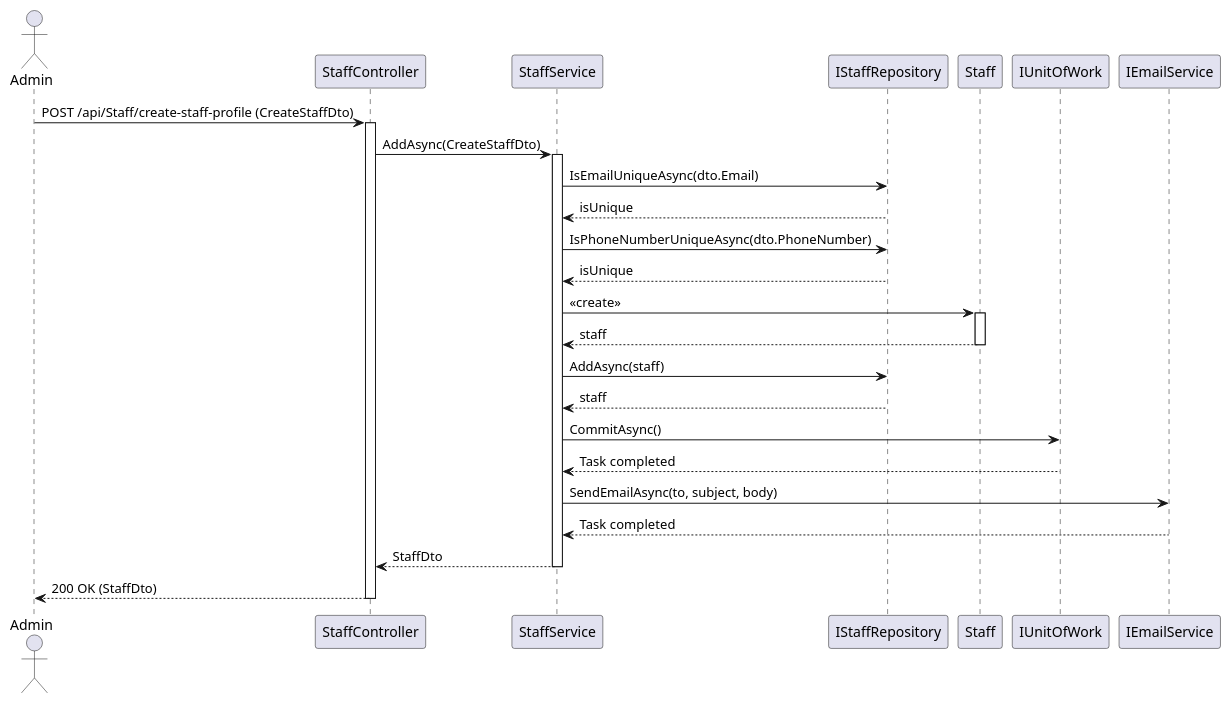
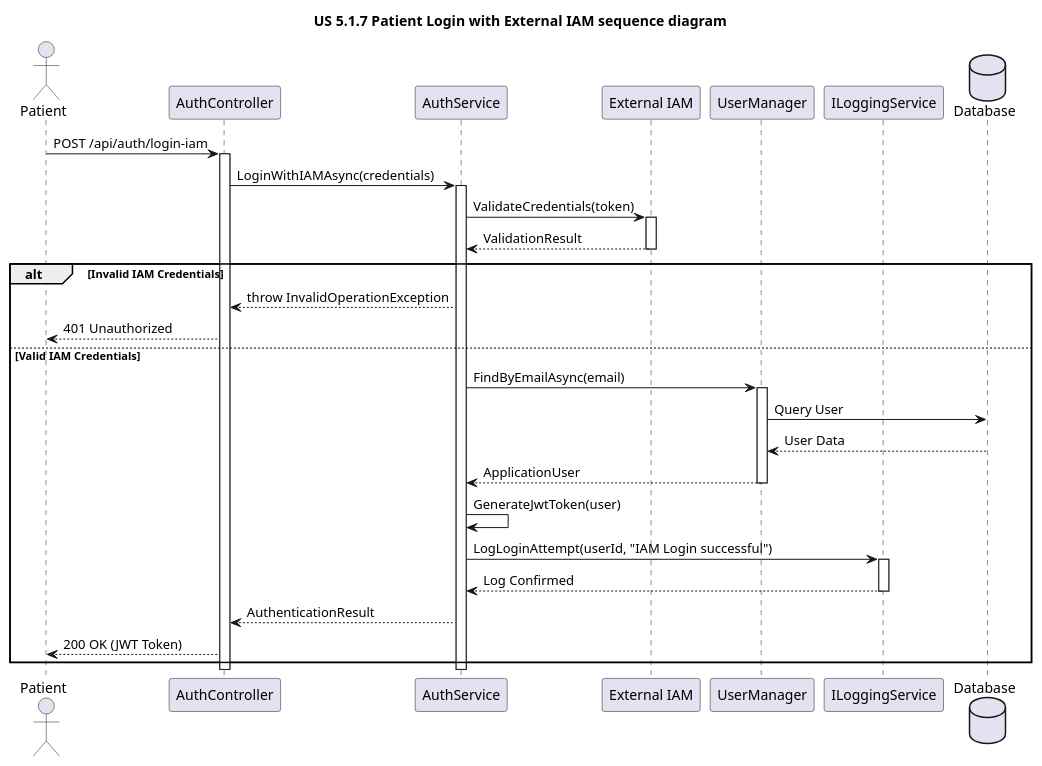
One commit to HugBar/3DC_G17 changed the diagram in docs/Sprint1/US 5.1.7/02.design/puml/sequenceDiagram.puml. Above: the diagram before and after it, drawn with PlantUML. The commit also changed 6707 other files, not shown here.

```diff
--- a/docs/Sprint1/US 5.1.7/02.design/puml/sequenceDiagram.puml
+++ b/docs/Sprint1/US 5.1.7/02.design/puml/sequenceDiagram.puml
@@ -1,42 +1,47 @@
-@startuml
-actor Admin
-participant "StaffController" as SC
-participant "StaffService" as SS
-participant "IStaffRepository" as SR
-participant "Staff" as S
-participant "IUnitOfWork" as UOW
-participant "IEmailService" as ES
+@startuml namespace US 5.1.7 sequence diagram
+title US 5.1.7 Patient Login with External IAM sequence diagram
 
-Admin -> SC: POST /api/Staff/create-staff-profile (CreateStaffDto)
-activate SC
+actor Patient
+participant "AuthController" as AC
+participant "AuthService" as AS
+participant "External IAM" as IAM
+participant "UserManager" as UM
+participant "ILoggingService" as LS
+database "Database" as DB
 
-SC -> SS: AddAsync(CreateStaffDto)
-activate SS
+Patient -> AC: POST /api/auth/login-iam
+activate AC
 
-SS -> SR: IsEmailUniqueAsync(dto.Email)
-SR --> SS: isUnique
+AC -> AS: LoginWithIAMAsync(credentials)
+activate AS
 
-SS -> SR: IsPhoneNumberUniqueAsync(dto.PhoneNumber)
-SR --> SS: isUnique
+AS -> IAM: ValidateCredentials(token)
+activate IAM
+IAM --> AS: ValidationResult
+deactivate IAM
 
-SS -> S: <<create>>
-activate S
-S --> SS: staff
-deactivate S
+alt Invalid IAM Credentials
+    AS --> AC: throw InvalidOperationException
+    AC --> Patient: 401 Unauthorized
+else Valid IAM Credentials
+    AS -> UM: FindByEmailAsync(email)
+    activate UM
+    UM -> DB: Query User
+    DB --> UM: User Data
+    UM --> AS: ApplicationUser
+    deactivate UM
 
-SS -> SR: AddAsync(staff)
-SR --> SS: staff
+    AS -> AS: GenerateJwtToken(user)
+    
+    AS -> LS: LogLoginAttempt(userId, "IAM Login successful")
+    activate LS
+    LS --> AS: Log Confirmed
+    deactivate LS
 
-SS -> UOW: CommitAsync()
-UOW --> SS: Task completed
+    AS --> AC: AuthenticationResult
+    AC --> Patient: 200 OK (JWT Token)
+end
 
-SS -> ES: SendEmailAsync(to, subject, body)
-ES --> SS: Task completed
-
-SS --> SC: StaffDto
-deactivate SS
-
-SC --> Admin: 200 OK (StaffDto)
-deactivate SC
-
+deactivate AS
+deactivate AC
 @enduml
```
